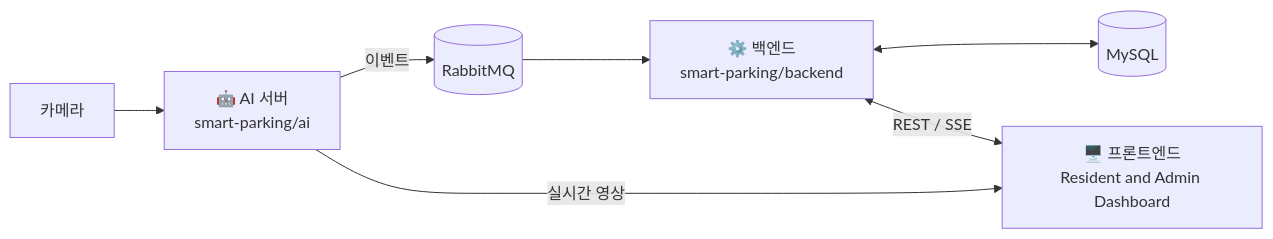
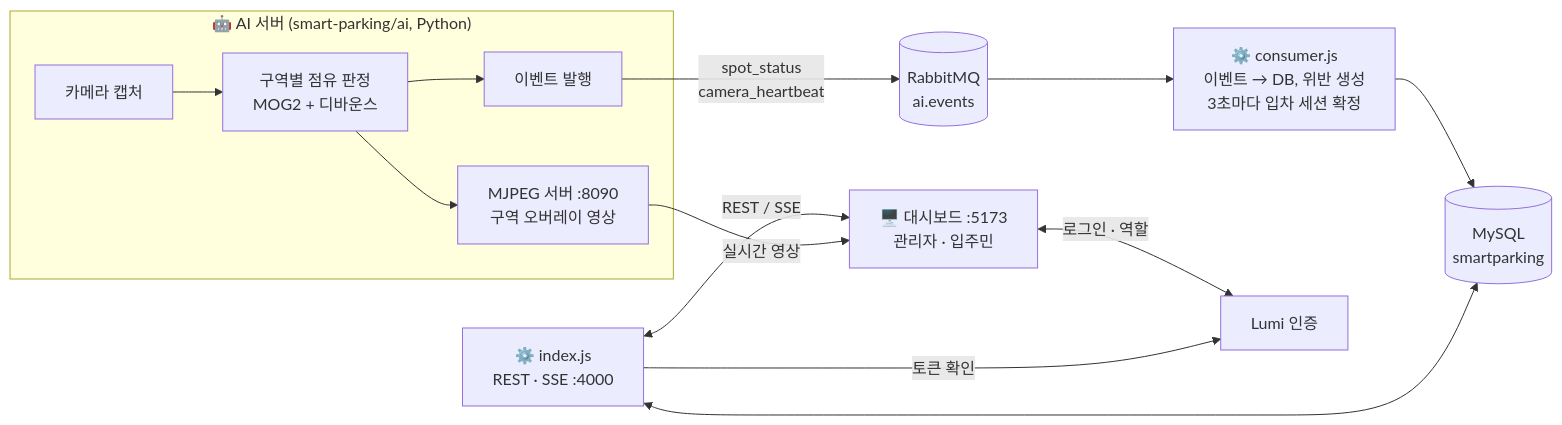
Before and after one commit to ackack0228-rgb/PCS-Parking-Control-System: the first of 2 diagrams in README.md, drawn with Mermaid. The commit also changed other lines of this file and 1 other file, not shown here.

````diff
--- a/README.md
+++ b/README.md
@@ -34,9 +102,16 @@
 ```mermaid
 flowchart LR
-  CAM[카메라] --> AI[🤖 AI 서버<br/>smart-parking/ai]
-  AI -- 이벤트 --> MQ[(RabbitMQ)]
-  MQ --> BE[⚙️ 백엔드<br/>smart-parking/backend]
-  BE <--> DB[(MySQL)]
-  BE <-- REST / SSE --> FE[🖥️ 프론트엔드<br/>Resident and Admin Dashboard]
-  AI -- 실시간 영상 --> FE
+  subgraph AI["🤖 AI 서버 (smart-parking/ai, Python)"]
+    CAP[카메라 캡처] --> ZO[구역별 점유 판정<br/>MOG2 + 디바운스]
+    ZO --> PUB[이벤트 발행]
+    ZO --> MJ[MJPEG 서버 :8090<br/>구역 오버레이 영상]
+  end
+  PUB -- spot_status<br/>camera_heartbeat --> MQ[(RabbitMQ<br/>ai.events)]
+  MQ --> CON[⚙️ consumer.js<br/>이벤트 → DB, 위반 생성<br/>3초마다 입차 세션 확정]
+  CON --> DB[(MySQL<br/>smartparking)]
+  API[⚙️ index.js<br/>REST · SSE :4000] <--> DB
+  API <-- REST / SSE --> FE[🖥️ 대시보드 :5173<br/>관리자 · 입주민]
+  MJ -- 실시간 영상 --> FE
+  FE <-- 로그인 · 역할 --> LUMI[Lumi 인증]
+  API -- 토큰 확인 --> LUMI
 ```
````
